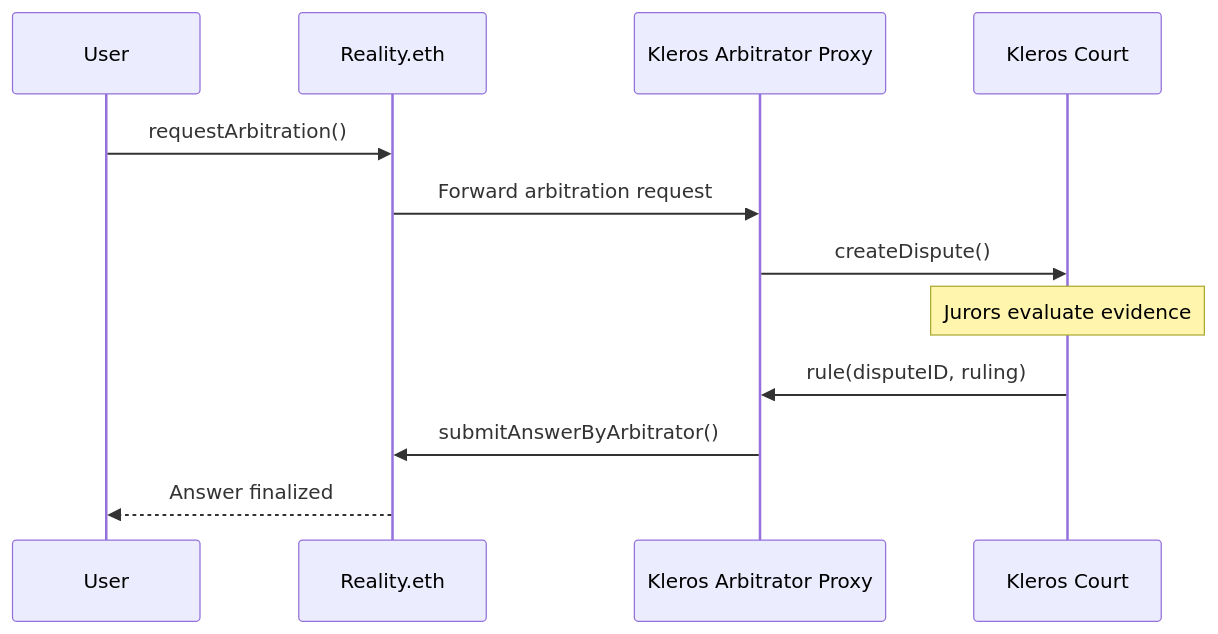
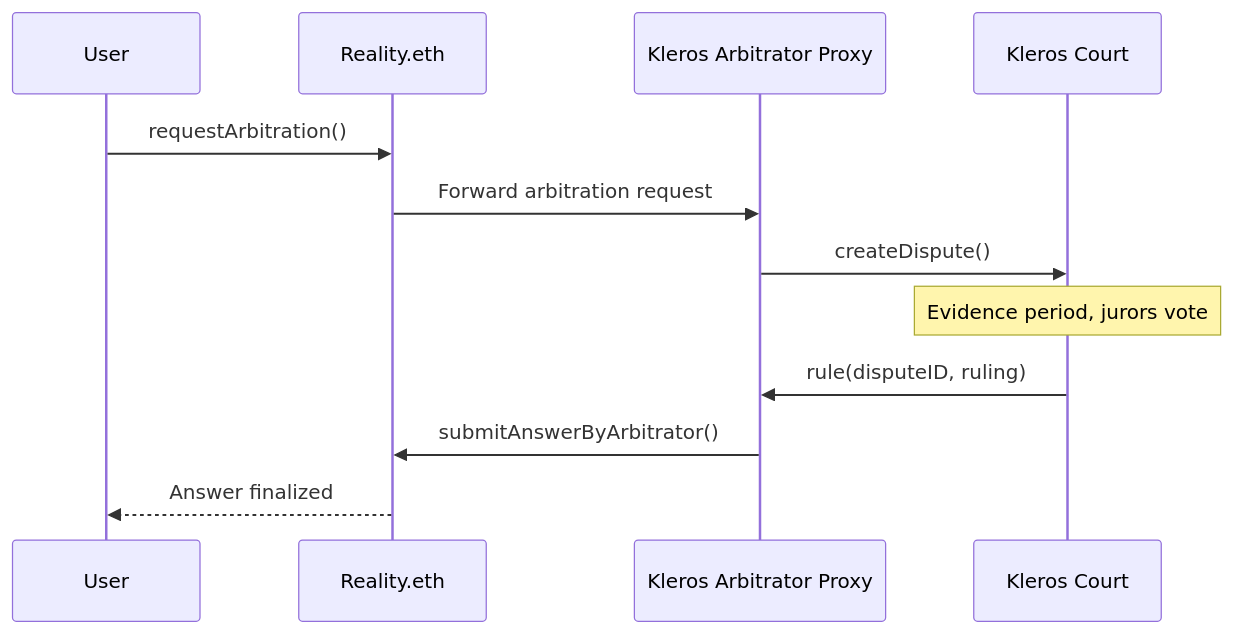
One commit to kleros/docs changed the diagram in developers/products/reality/smart-contracts.mdx. Above: the diagram before and after it, drawn with Mermaid. The commit also changed other lines of this file, not shown here.

````diff
--- a/developers/products/reality/smart-contracts.mdx
+++ b/developers/products/reality/smart-contracts.mdx
@@ -122,15 +228,15 @@
-```mermaid
+```mermaid theme={null}
 sequenceDiagram
     participant User
     participant Reality as Reality.eth
     participant Proxy as Kleros Arbitrator Proxy
     participant Court as Kleros Court
 
     User->>Reality: requestArbitration()
     Reality->>Proxy: Forward arbitration request
     Proxy->>Court: createDispute()
-    Note over Court: Jurors evaluate evidence
+    Note over Court: Evidence period, jurors vote
     Court->>Proxy: rule(disputeID, ruling)
     Proxy->>Reality: submitAnswerByArbitrator()
     Reality-->>User: Answer finalized
 ```
````
